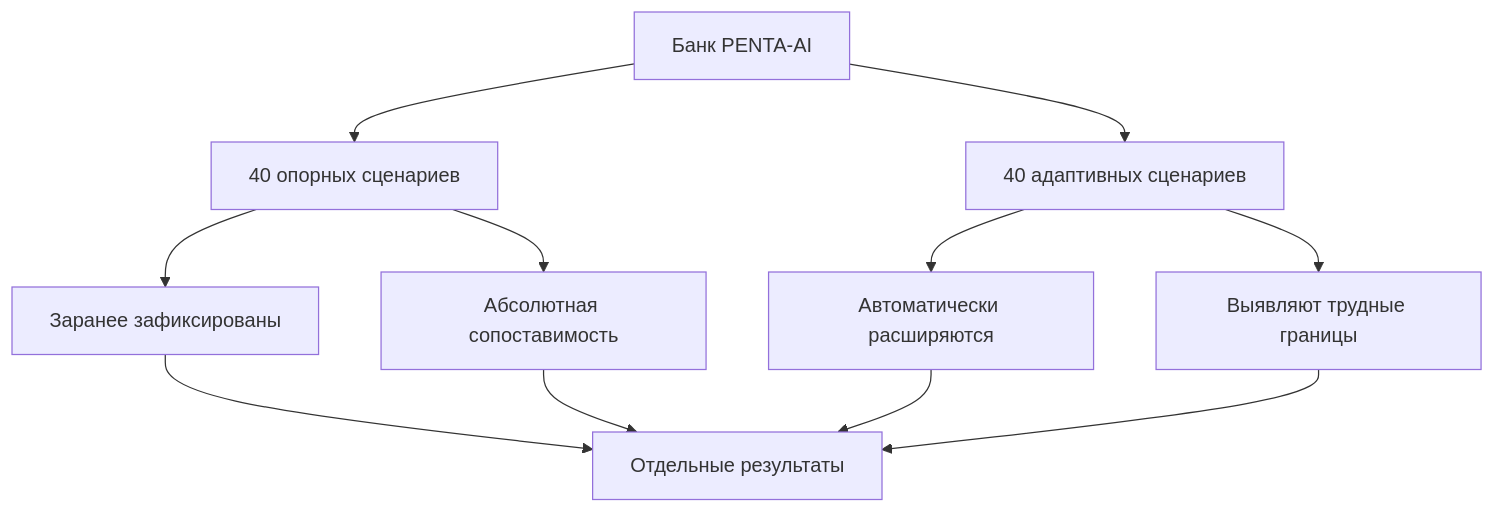
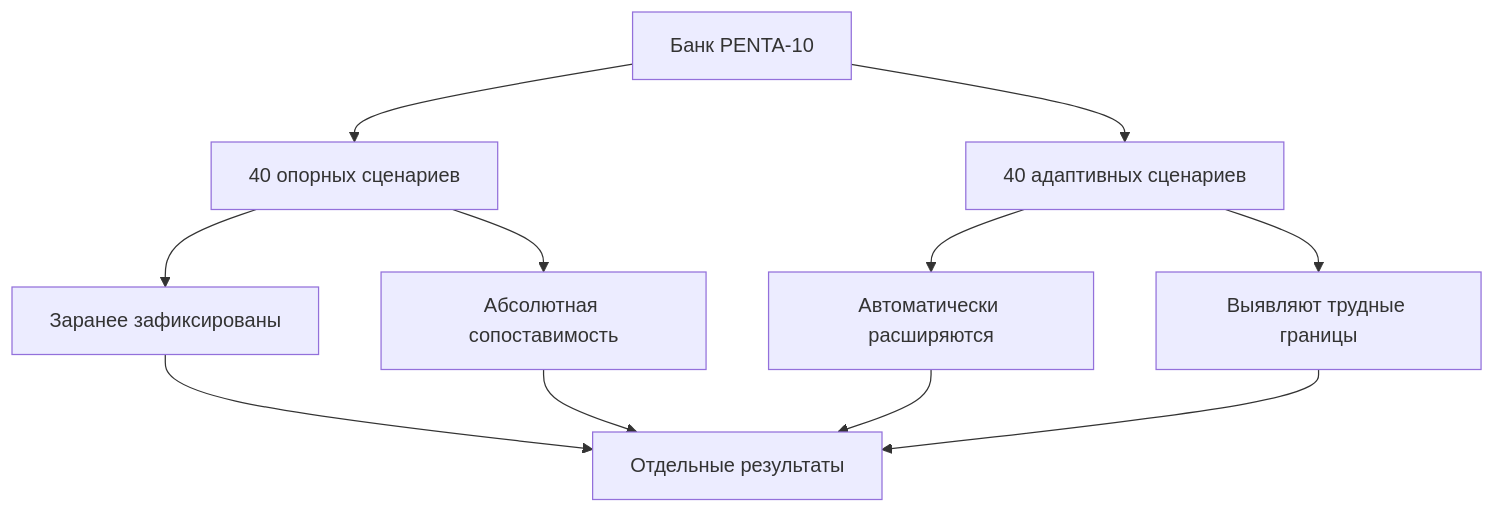
The second of 3 diagrams in README.md (ikanam-ai/PENTABASIS-LLM), drawn with Mermaid before and after one commit. The commit also changed other lines of this file and 19 other files, not shown here.

````diff
--- a/README.md
+++ b/README.md
@@ -118,13 +118,13 @@
 ```mermaid
 flowchart TB
-    B[Банк PENTA-AI] --> X[40 опорных сценариев]
+    B[Банк PENTA-10] --> X[40 опорных сценариев]
     B --> Y[40 адаптивных сценариев]
     X --> X1[Заранее зафиксированы]
     X --> X2[Абсолютная сопоставимость]
     Y --> Y1[Автоматически расширяются]
     Y --> Y2[Выявляют трудные границы]
     X1 --> Z[Отдельные результаты]
     X2 --> Z
     Y1 --> Z
     Y2 --> Z
 ```
````
